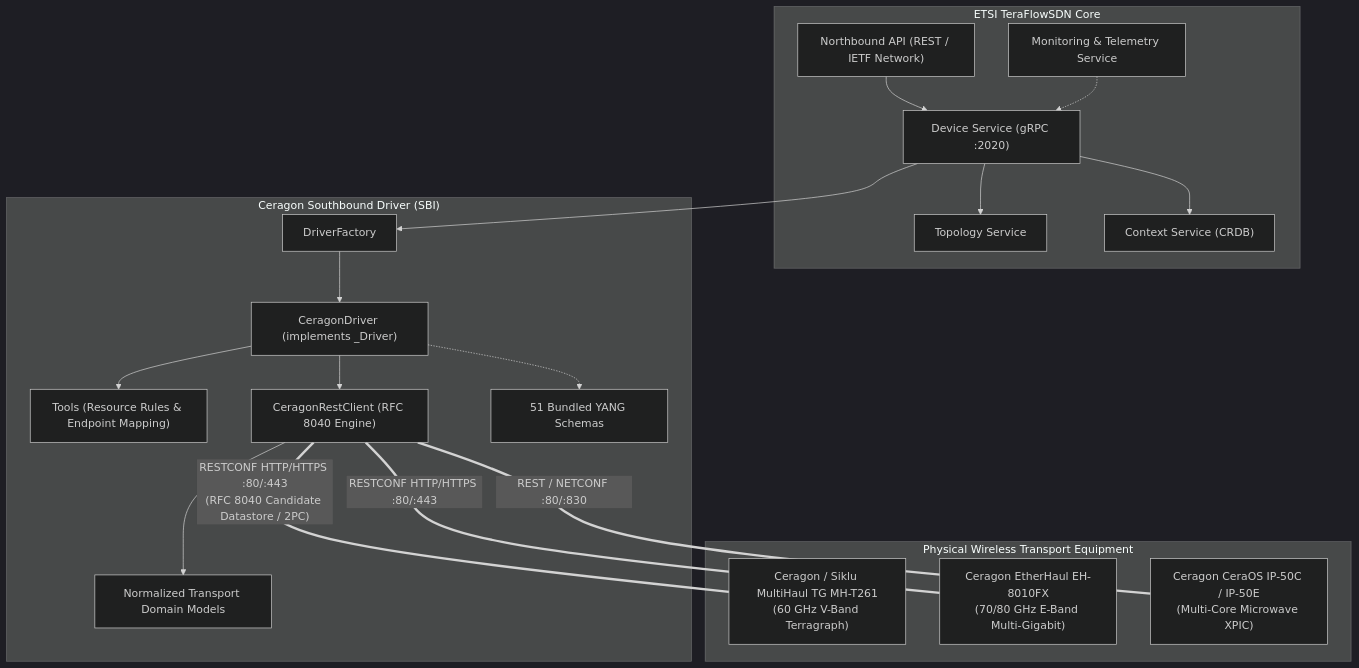
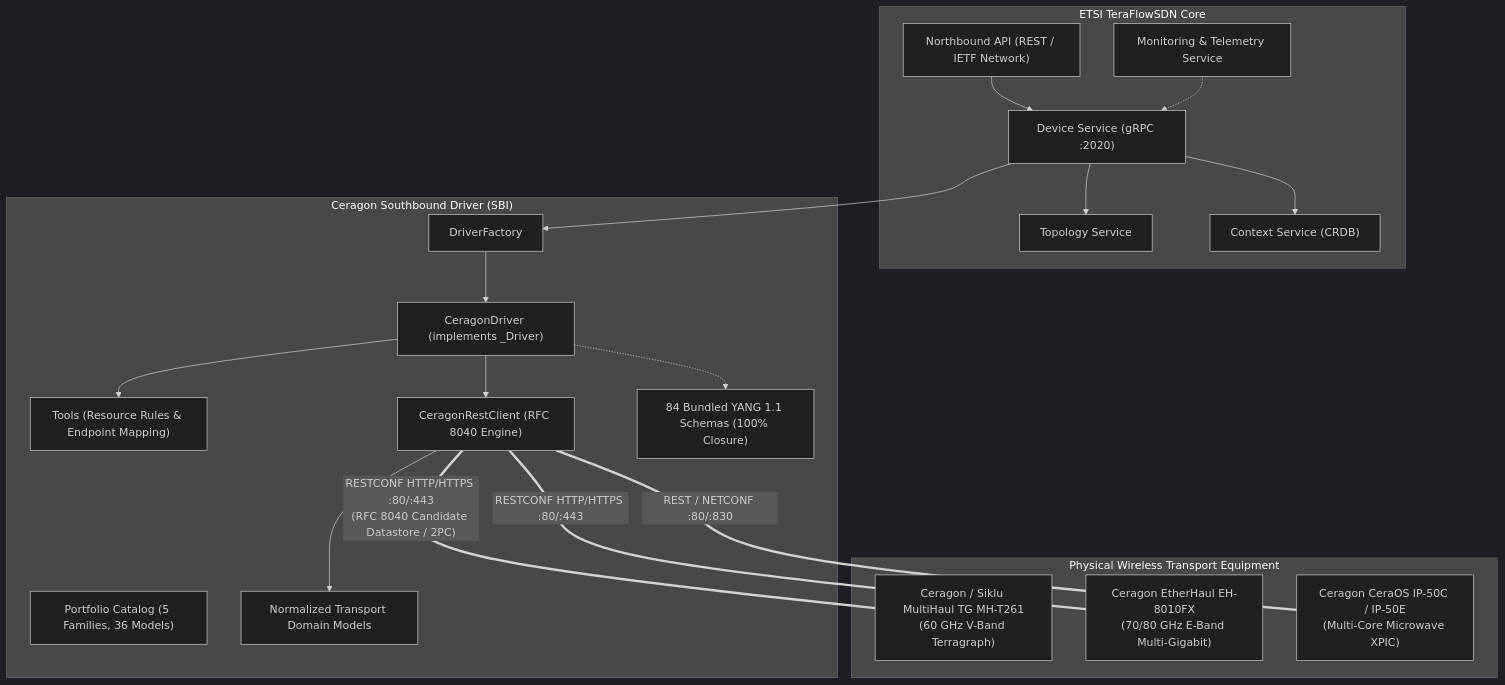
Before and after one commit to efidvir/CER-Intent: the first of 3 diagrams in tfs_upstream_contribution/docs/CERAGON_DRIVER_SPECIFICATION.md, drawn with Mermaid (dark theme). The commit also changed other lines of this file and 3 other files, not shown here.

Commit message:
docs: update READMEs, adapter guide, and TFS driver specification for 84 YANG schemas, 5-family portfolio, and 12 control domains

````diff
--- a/tfs_upstream_contribution/docs/CERAGON_DRIVER_SPECIFICATION.md
+++ b/tfs_upstream_contribution/docs/CERAGON_DRIVER_SPECIFICATION.md
@@ -13,41 +13,42 @@
 ```mermaid
 flowchart TD
     subgraph TFS_CORE ["ETSI TeraFlowSDN Core"]
         NBI["Northbound API (REST / IETF Network)"]
         TOPOLOGY["Topology Service"]
         MONITORING["Monitoring & Telemetry Service"]
         CONTEXT["Context Service (CRDB)"]
         DEVICE_SVC["Device Service (gRPC :2020)"]
     end
 
     subgraph DRIVER_LAYER ["Ceragon Southbound Driver (SBI)"]
         DF["DriverFactory"]
         CD["CeragonDriver (implements _Driver)"]
+        PORTFOLIO["Portfolio Catalog (5 Families, 36 Models)"]
         TOOLS["Tools (Resource Rules & Endpoint Mapping)"]
         CLIENT["CeragonRestClient (RFC 8040 Engine)"]
         MODELS["Normalized Transport Domain Models"]
-        SCHEMAS["51 Bundled YANG Schemas"]
+        SCHEMAS["84 Bundled YANG 1.1 Schemas (100% Closure)"]
     end
 
     subgraph HARDWARE_PLANE ["Physical Wireless Transport Equipment"]
         T261["Ceragon / Siklu MultiHaul TG MH-T261\n(60 GHz V-Band Terragraph)"]
         EH["Ceragon EtherHaul EH-8010FX\n(70/80 GHz E-Band Multi-Gigabit)"]
         IP50["Ceragon CeraOS IP-50C / IP-50E\n(Multi-Core Microwave XPIC)"]
     end
 
     NBI --> DEVICE_SVC
     DEVICE_SVC --> CONTEXT
     DEVICE_SVC --> TOPOLOGY
     MONITORING -.-> DEVICE_SVC
     DEVICE_SVC --> DF
     DF --> CD
 
     CD --> TOOLS
     CD --> CLIENT
     CLIENT --> MODELS
     CD -.-> SCHEMAS
 
     CLIENT ===|"RESTCONF HTTP/HTTPS :80/:443\n(RFC 8040 Candidate Datastore / 2PC)"| T261
     CLIENT ===|"RESTCONF HTTP/HTTPS :80/:443"| EH
     CLIENT ===|"REST / NETCONF :80/:830"| IP50
 ```
````
